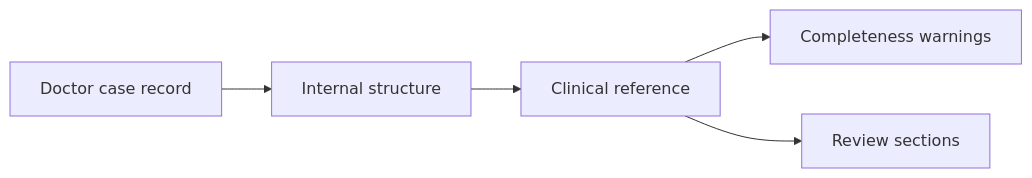
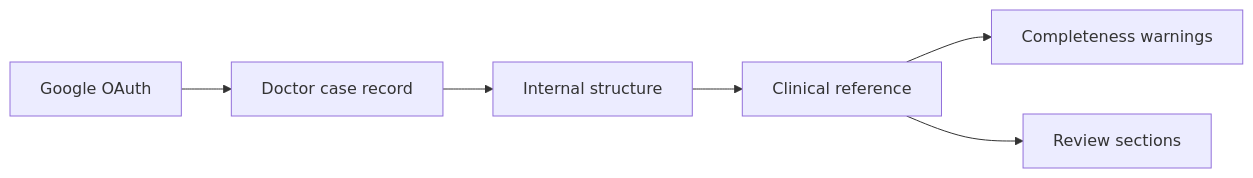
One commit to chiaweiwoo/tcm-diagnosis changed the first of 2 diagrams in README.md. Above: the diagram before and after it, drawn with Mermaid. The commit also changed other lines of this file and 14 other files, not shown here.

Commit message:
Add Google OAuth allowlist gate

````diff
--- a/README.md
+++ b/README.md
@@ -20,7 +21,8 @@
 ```mermaid
 flowchart LR
-    D["Doctor case record"] --> O["Internal structure"]
+    G["Google OAuth"] --> D["Doctor case record"]
+    D --> O["Internal structure"]
     O --> A["Clinical reference"]
     A --> W["Completeness warnings"]
     A --> R["Review sections"]
 ```
````
